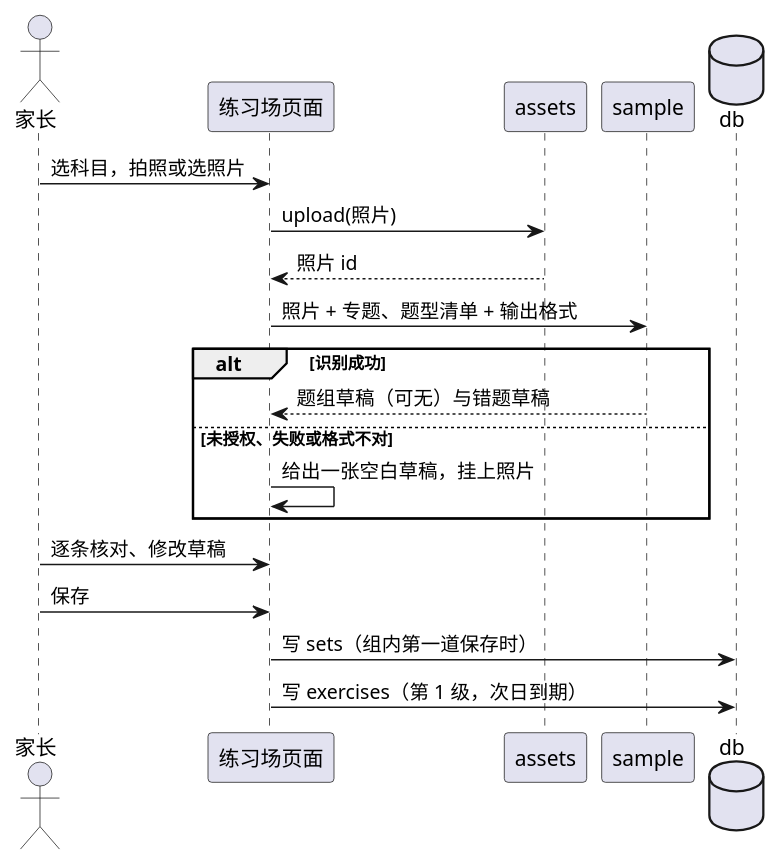
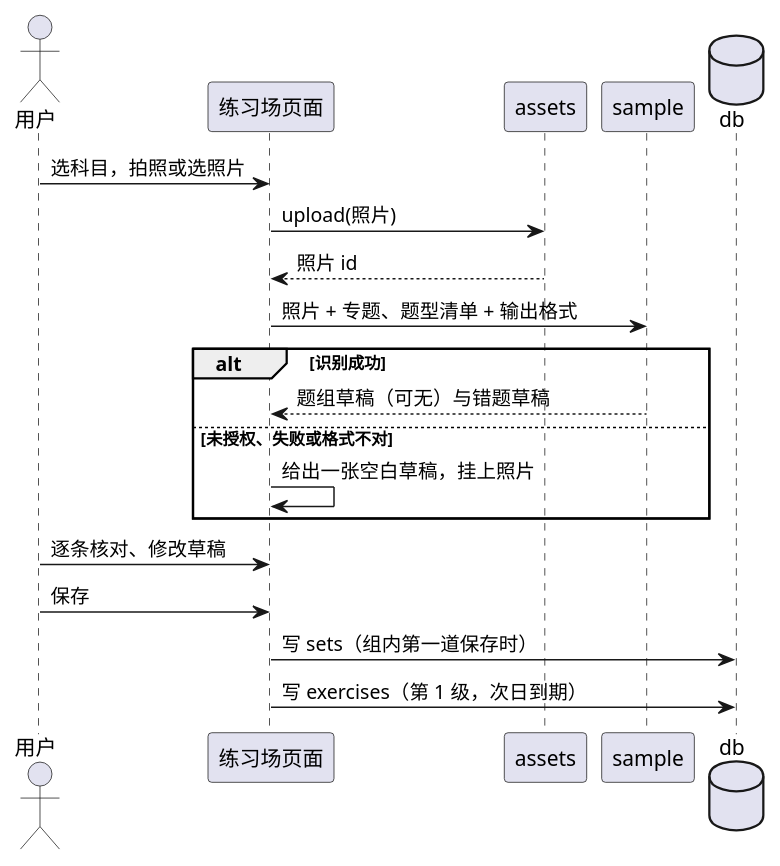
The diagram in architecture/RUNTIME.md (lengthlong/exercise_arena), drawn with PlantUML before and after one commit. The commit also changed other lines of this file and 13 other files, not shown here.

````diff
--- a/architecture/RUNTIME.md
+++ b/architecture/RUNTIME.md
@@ -7,23 +7,23 @@
 ```plantuml
 @startuml
-actor 家长
+actor 用户
 participant "练习场页面" as Page
 participant assets
 participant "sample" as Sample
 database db
 
-家长 -> Page : 选科目，拍照或选照片
+用户 -> Page : 选科目，拍照或选照片
 Page -> assets : upload(照片)
 assets --> Page : 照片 id
 Page -> Sample : 照片 + 专题、题型清单 + 输出格式
 alt 识别成功
   Sample --> Page : 题组草稿（可无）与错题草稿
 else 未授权、失败或格式不对
   Page -> Page : 给出一张空白草稿，挂上照片
 end
-家长 -> Page : 逐条核对、修改草稿
-家长 -> Page : 保存
+用户 -> Page : 逐条核对、修改草稿
+用户 -> Page : 保存
 Page -> db : 写 sets（组内第一道保存时）
 Page -> db : 写 exercises（第 1 级，次日到期）
 @enduml
 ```
````
